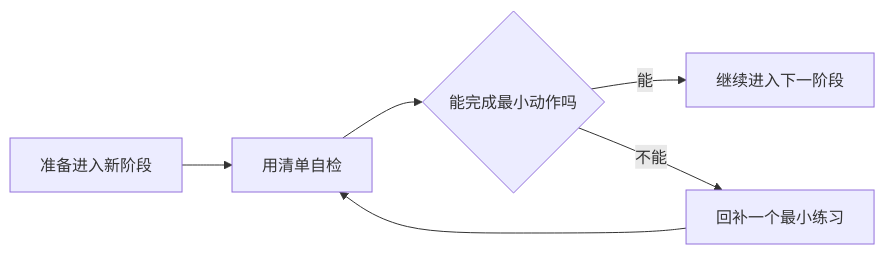
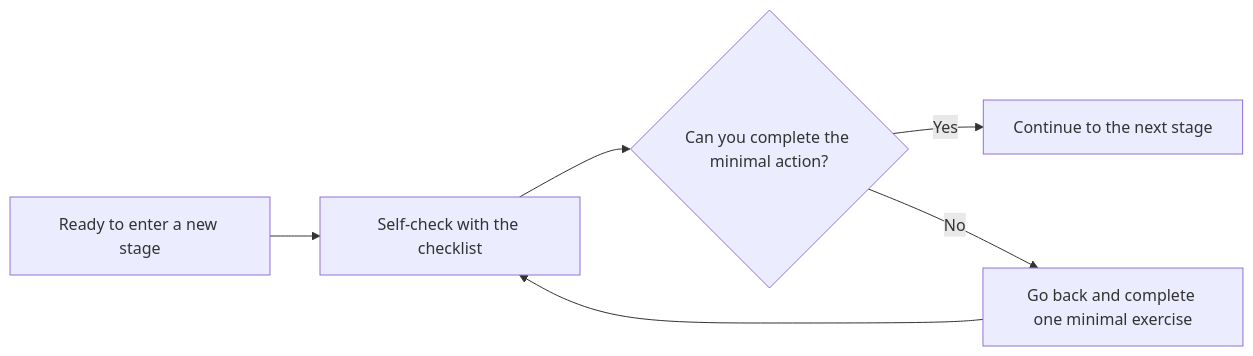
The diagram in docs/intro/prerequisite-checklist.md (oudbiao/AI-fullstack-course), drawn with Mermaid before and after one commit. The commit also changed other lines of this file and 1406 other files, not shown here.

````diff
--- a/docs/intro/prerequisite-checklist.md
+++ b/docs/intro/prerequisite-checklist.md
@@ -14,8 +14,8 @@
 ```mermaid
 flowchart LR
-  A["准备进入新阶段"] --> B["用清单自检"]
-  B --> C{"能完成最小动作吗"}
-  C -->|能| D["继续进入下一阶段"]
-  C -->|不能| E["回补一个最小练习"]
+  A["Ready to enter a new stage"] --> B["Self-check with the checklist"]
+  B --> C{"Can you complete the minimal action?"}
+  C -->|Yes| D["Continue to the next stage"]
+  C -->|No| E["Go back and complete one minimal exercise"]
   E --> B
 ```
````
